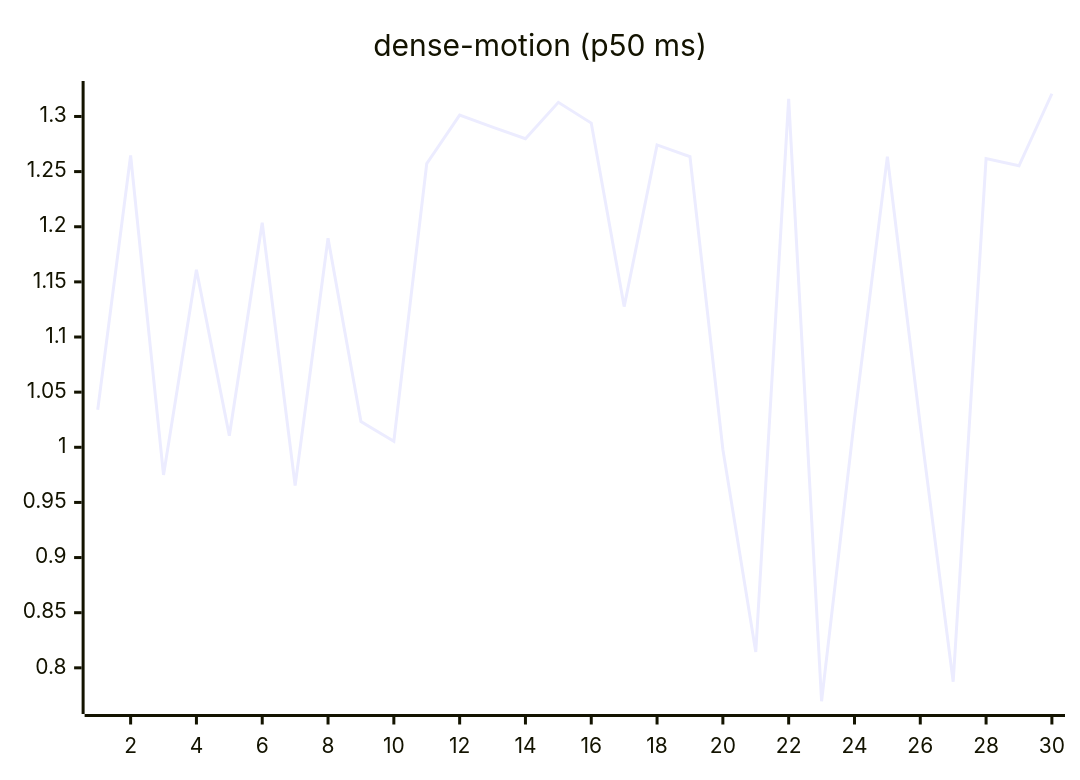
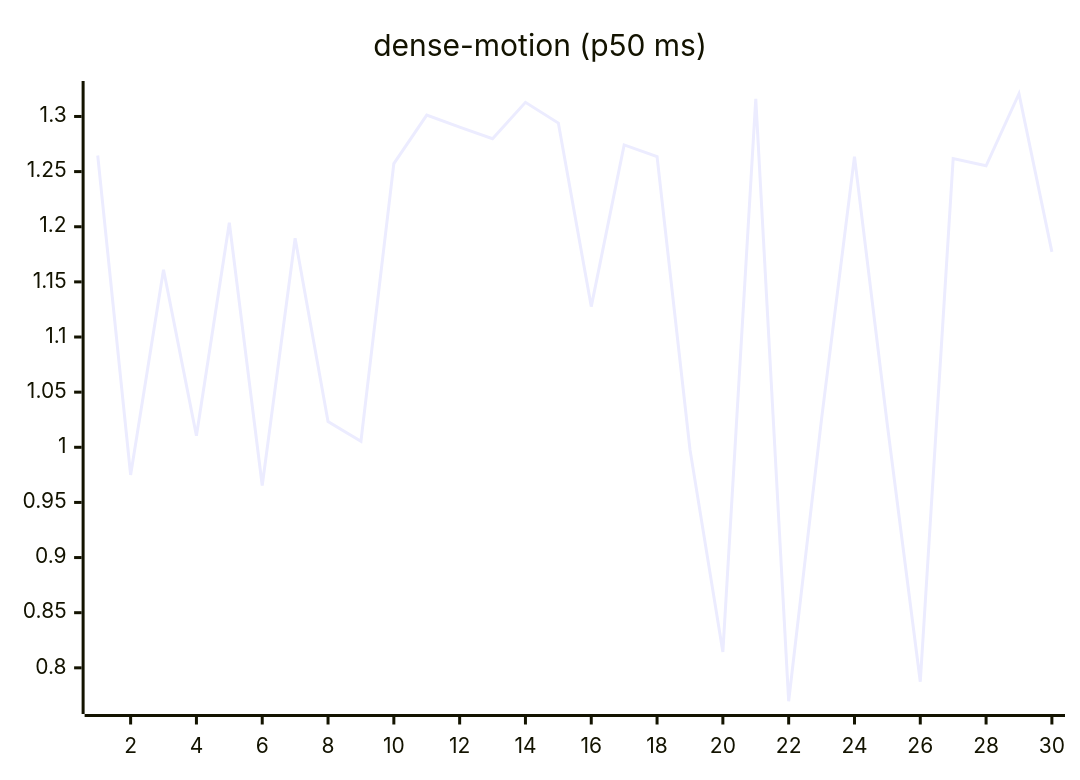
One commit to josha/Facet changed the ninth of 27 diagrams in README.md. Above: the diagram before and after it, drawn with Mermaid. The commit also changed other lines of this file and 2 other files, not shown here.

````diff
--- a/README.md
+++ b/README.md
@@ -119,6 +119,6 @@
 ```mermaid
 xychart-beta
     title "dense-motion (p50 ms)"
     x-axis 1 --> 30
-    line [1.0341, 1.2646, 0.9749, 1.1610, 1.0105, 1.2037, 0.9653, 1.1895, 1.0233, 1.0054, 1.2572, 1.3012, 1.2904, 1.2798, 1.3128, 1.2940, 1.1276, 1.2742, 1.2636, 0.9981, 0.8144, 1.3160, 0.7697, 1.0258, 1.2636, 1.0200, 0.7874, 1.2619, 1.2553, 1.3206]
+    line [1.2646, 0.9749, 1.1610, 1.0105, 1.2037, 0.9653, 1.1895, 1.0233, 1.0054, 1.2572, 1.3012, 1.2904, 1.2798, 1.3128, 1.2940, 1.1276, 1.2742, 1.2636, 0.9981, 0.8144, 1.3160, 0.7697, 1.0258, 1.2636, 1.0200, 0.7874, 1.2619, 1.2553, 1.3206, 1.1772]
 ```
````
